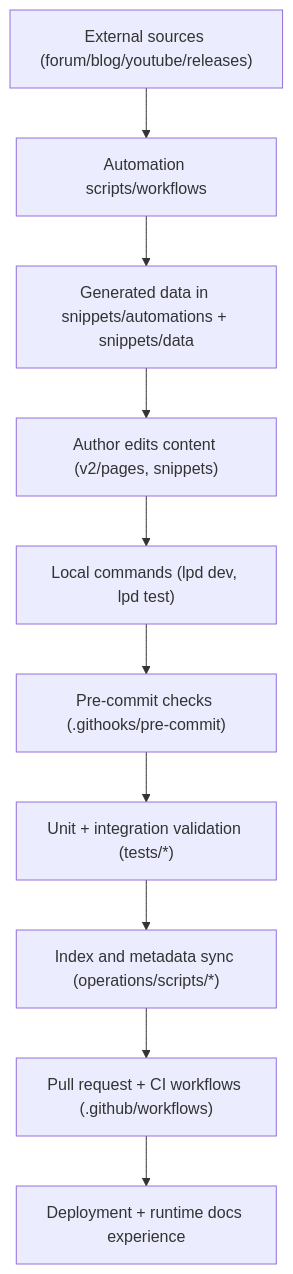
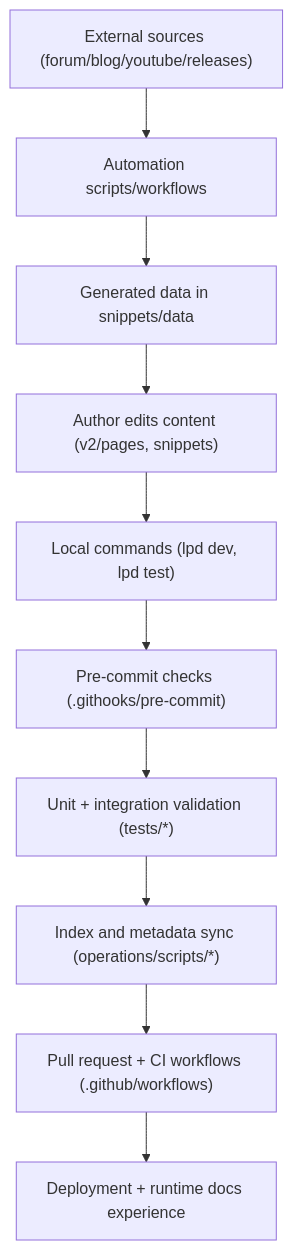
The diagram in docs-guide/features/architecture-map.mdx (its-DeFine/docs), drawn with Mermaid before and after one commit. The commit also changed other lines of this file and 224 other files, not shown here.

````diff
--- a/docs-guide/features/architecture-map.mdx
+++ b/docs-guide/features/architecture-map.mdx
@@ -35,13 +35,13 @@
 ```mermaid
 flowchart TD
   A["Author edits content (v2/pages, snippets)"] --> B["Local commands (lpd dev, lpd test)"]
   B --> C["Pre-commit checks (.githooks/pre-commit)"]
   C --> D["Unit + integration validation (tests/*)"]
   D --> E["Index and metadata sync (operations/scripts/*)"]
   E --> F["Pull request + CI workflows (.github/workflows)"]
   F --> G["Deployment + runtime docs experience"]
 
   H["External sources (forum/blog/youtube/releases)"] --> I["Automation scripts/workflows"]
-  I --> J["Generated data in snippets/automations + snippets/data"]
+  I --> J["Generated data in snippets/data"]
   J --> A
 ```
````
